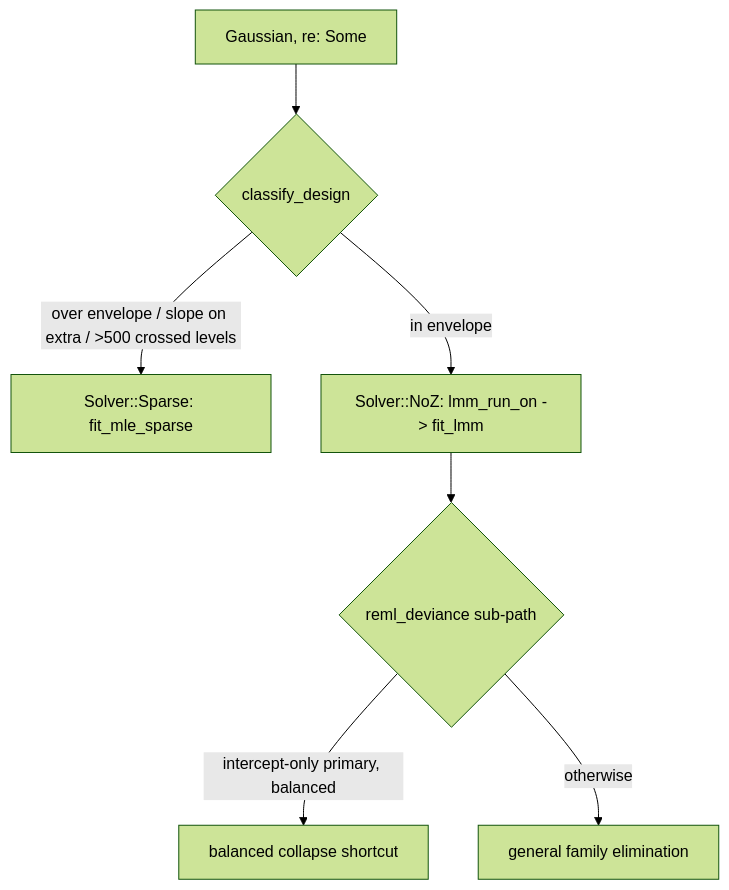
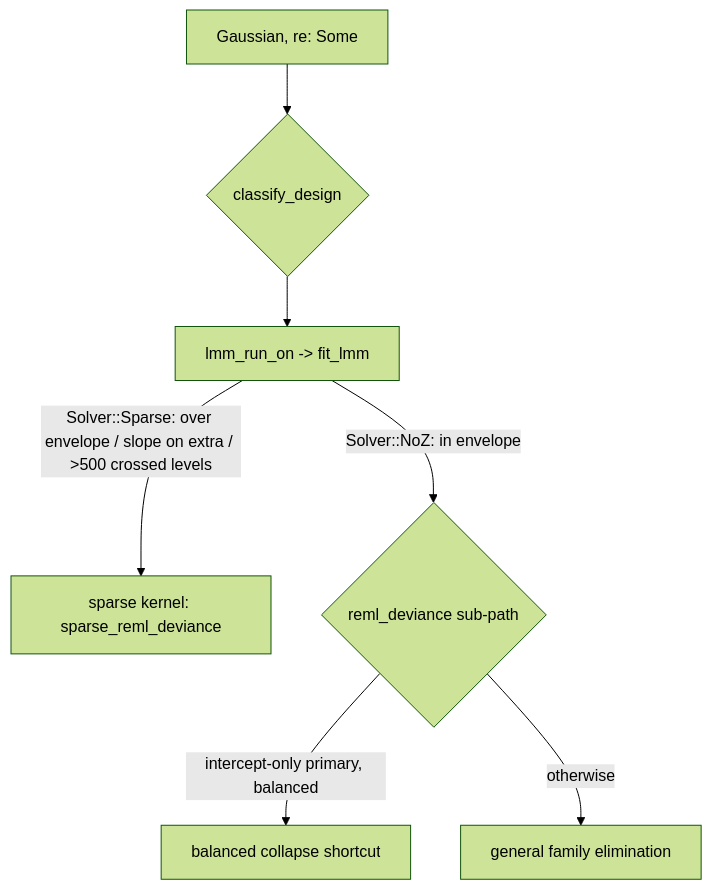
The diagram in documentation/algorithms-lmm.md (pawlenartowicz/glmm), drawn with Mermaid (forest theme) before and after one commit. The commit also changed other lines of this file and 101 other files, not shown here.

````diff
--- a/documentation/algorithms-lmm.md
+++ b/documentation/algorithms-lmm.md
@@ -67,9 +69,9 @@
 ```mermaid
 flowchart TD
     A["Gaussian, re: Some"] --> B{"classify_design"}
-    B -->|"over envelope / slope on extra / >500 crossed levels"| S["Solver::Sparse: fit_mle_sparse"]
-    B -->|"in envelope"| N["Solver::NoZ: lmm_run_on -> fit_lmm"]
-    N --> C{"reml_deviance sub-path"}
+    B --> N["lmm_run_on -> fit_lmm"]
+    N -->|"Solver::Sparse: over envelope / slope on extra / >500 crossed levels"| S["sparse kernel: sparse_reml_deviance"]
+    N -->|"Solver::NoZ: in envelope"| C{"reml_deviance sub-path"}
     C -->|"intercept-only primary, balanced"| CO["balanced collapse shortcut"]
     C -->|"otherwise"| GP["general family elimination"]
 ```
````
